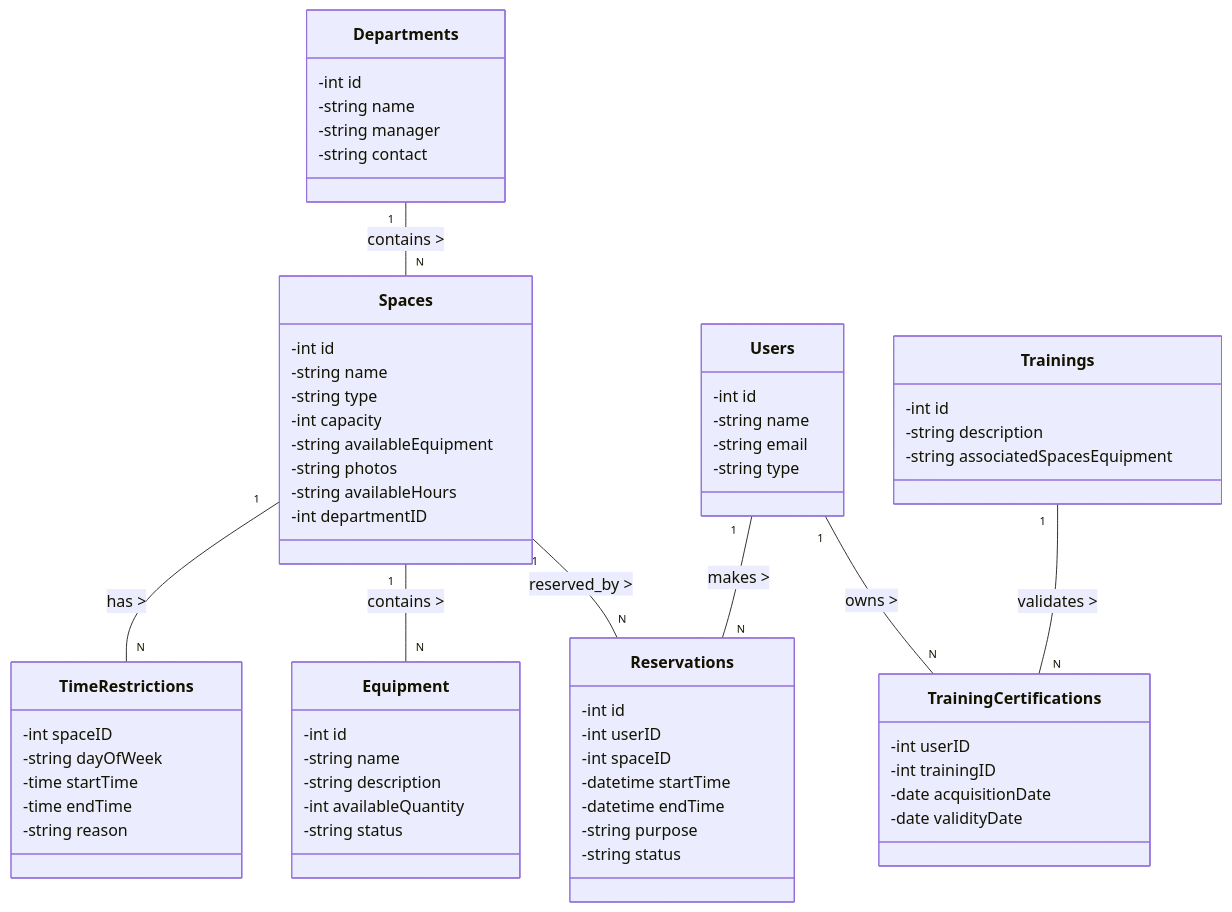
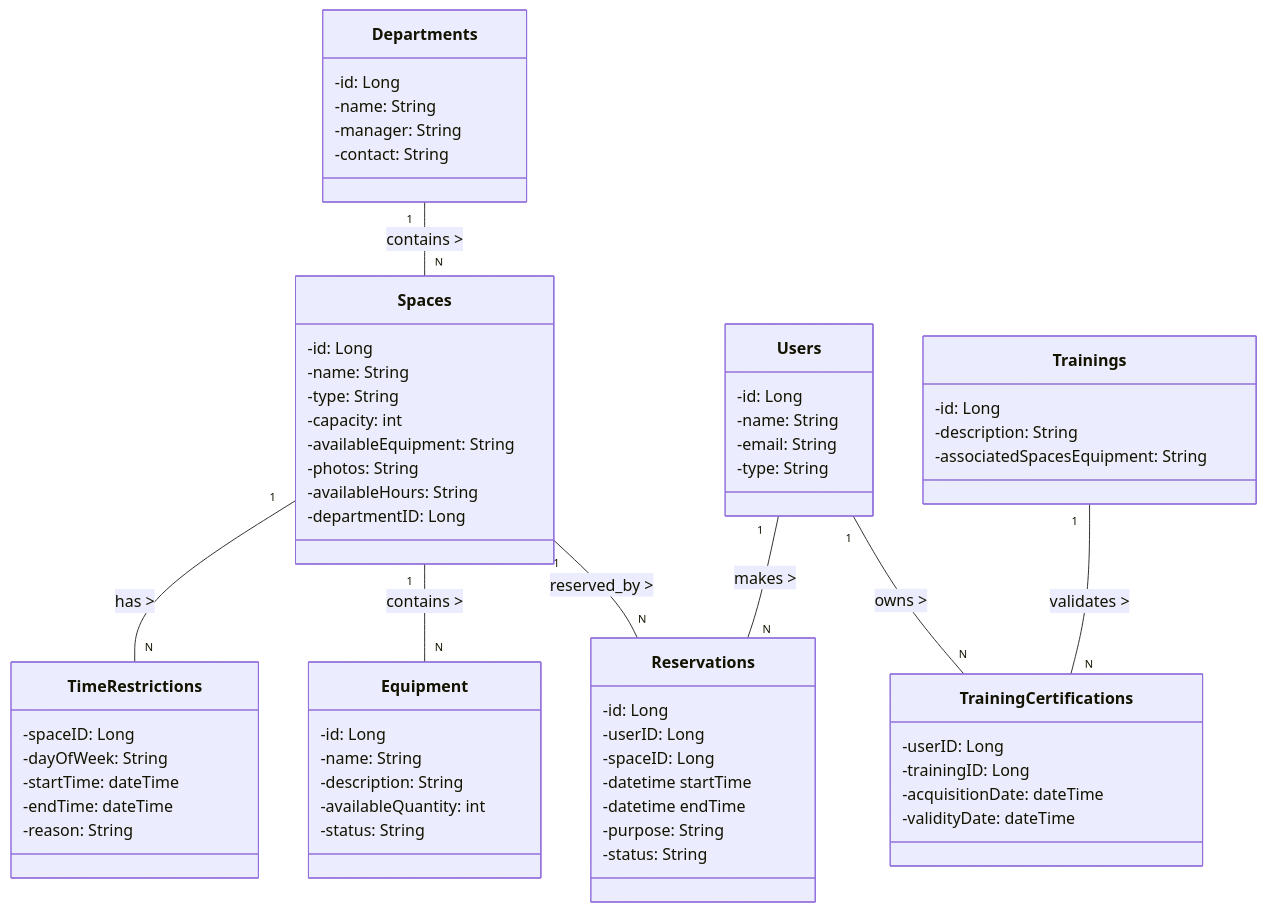
The third of 4 diagrams in README.md (AdnRamos/Sistema_de_Reservas_de_Espacos_em_Universidade), drawn with Mermaid before and after one commit. The commit also changed other lines of this file, not shown here.

````diff
--- a/README.md
+++ b/README.md
@@ -189,70 +189,70 @@
 ```mermaid
 
 classDiagram
       class Departments {
-          -int id
-          -string name
-          -string manager
-          -string contact
+          -id: Long
+          -name: String
+          -manager: String
+          -contact: String
       }
       class Spaces {
-          -int id
-          -string name
-          -string type
-          -int capacity
-          -string availableEquipment
-          -string photos
-          -string availableHours
-          -int departmentID
+          -id: Long
+          -name: String
+          -type: String
+          -capacity: int
+          -availableEquipment: String
+          -photos: String
+          -availableHours: String
+          -departmentID: Long
       }
       class Users {
-          -int id
-          -string name
-          -string email
-          -string type
+          -id: Long
+          -name: String
+          -email: String
+          -type: String
       }
       class Reservations {
-          -int id
-          -int userID
-          -int spaceID
+          -id: Long
+          -userID: Long
+          -spaceID: Long
           -datetime startTime
           -datetime endTime
-          -string purpose
-          -string status
+          -purpose: String
+          -status: String
       }
       class Equipment {
-          -int id
-          -string name
-          -string description
-          -int availableQuantity
-          -string status
+          -id: Long
+          -name: String 
+          -description: String
+          -availableQuantity: int
+          -status: String
       }
       class Trainings {
-          -int id
-          -string description
-          -string associatedSpacesEquipment
+          -id: Long
+          -description: String
+          -associatedSpacesEquipment: String
       }
       class TrainingCertifications {
-          -int userID
-          -int trainingID
-          -date acquisitionDate
-          -date validityDate
+          -userID: Long
+          -trainingID: Long
+          -acquisitionDate: dateTime
+          -validityDate: dateTime
       }
       class TimeRestrictions {
-          -int spaceID
-          -string dayOfWeek
-          -time startTime
-          -time endTime
-          -string reason
+          -spaceID: Long
+          -dayOfWeek: String
+          -startTime: dateTime
+          -endTime: dateTime
+          -reason: String
       }
 
       %% Relationships
       Departments "1" -- "N" Spaces : contains >
       Users "1" -- "N" TrainingCertifications : owns >
       Trainings "1" -- "N" TrainingCertifications : validates >
       Users "1" -- "N" Reservations : makes >
       Spaces "1" -- "N" Reservations : reserved_by >
       Spaces "1" -- "N" Equipment : contains >
       Spaces "1" -- "N" TimeRestrictions : has >
 
 ```
````
